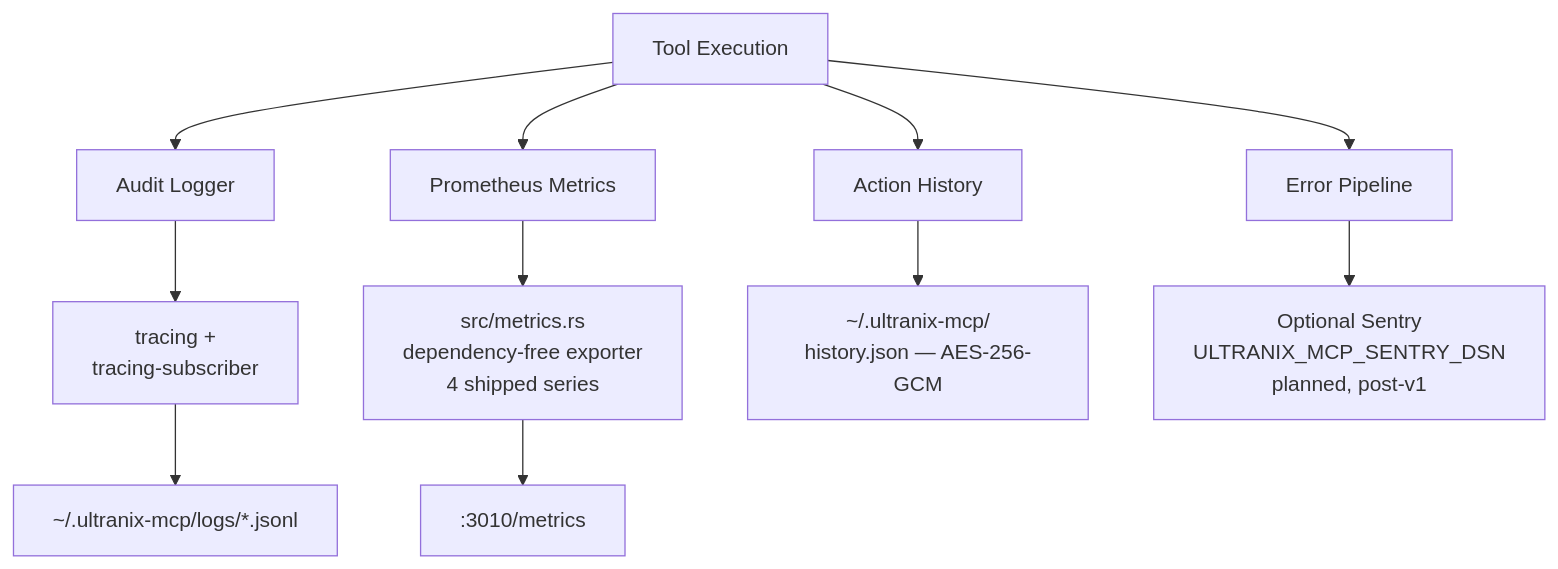
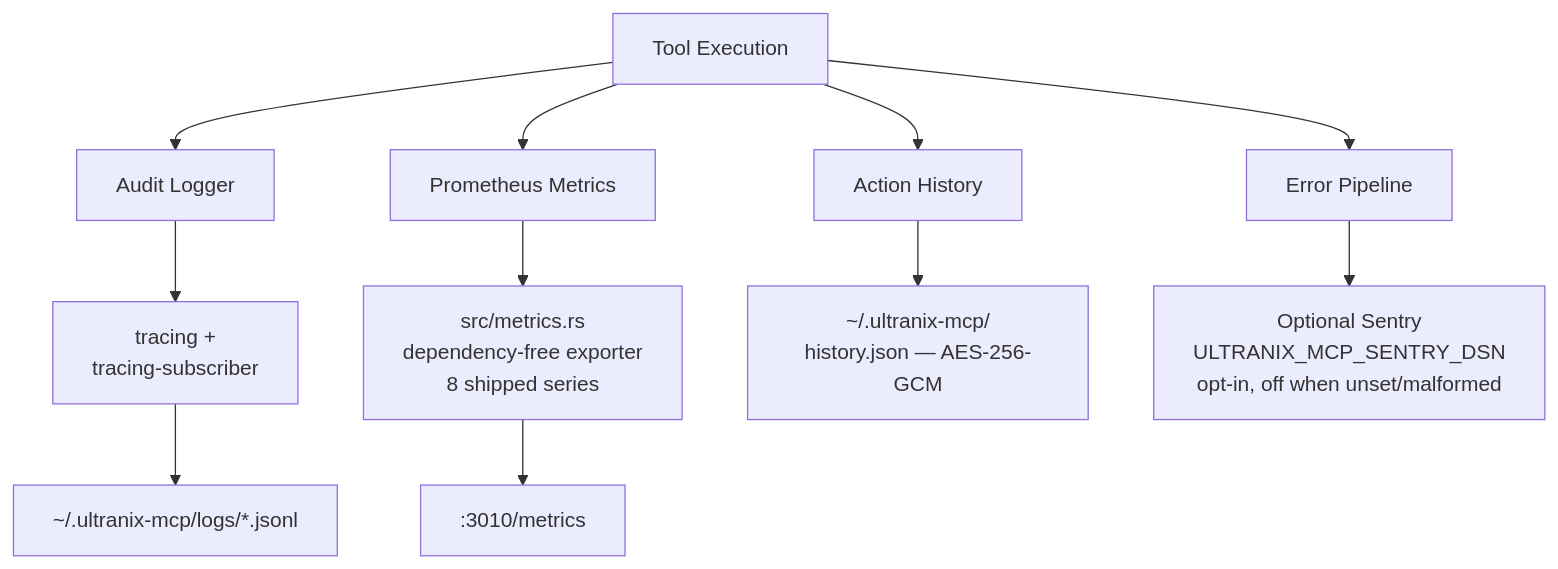
One commit to jxoesneon/ultranix-mcp changed the fifth of 9 diagrams in docs/ARCHITECTURE.md. Above: the diagram before and after it, drawn with Mermaid. The commit also changed other lines of this file and 50 other files, not shown here.

````diff
--- a/docs/ARCHITECTURE.md
+++ b/docs/ARCHITECTURE.md
@@ -375,15 +409,15 @@
 ```mermaid
 graph TB
     EXEC[Tool Execution] --> LOG[Audit Logger]
     EXEC --> METRICS[Prometheus Metrics]
     EXEC --> HISTORY[Action History]
     EXEC --> ERR[Error Pipeline]
 
     LOG --> TRACING[tracing +<br/>tracing-subscriber]
-    METRICS --> PROM[src/metrics.rs<br/>dependency-free exporter<br/>4 shipped series]
+    METRICS --> PROM[src/metrics.rs<br/>dependency-free exporter<br/>8 shipped series]
     HISTORY --> JSON[~/.ultranix-mcp/<br/>history.json — AES-256-GCM]
-    ERR --> SENTRY2[Optional Sentry<br/>ULTRANIX_MCP_SENTRY_DSN<br/>planned, post-v1]
+    ERR --> SENTRY2[Optional Sentry<br/>ULTRANIX_MCP_SENTRY_DSN<br/>opt-in, off when unset/malformed]
 
     TRACING --> DISK[~/.ultranix-mcp/logs/*.jsonl]
     PROM --> ENDPOINT[:3010/metrics]
 ```
````
